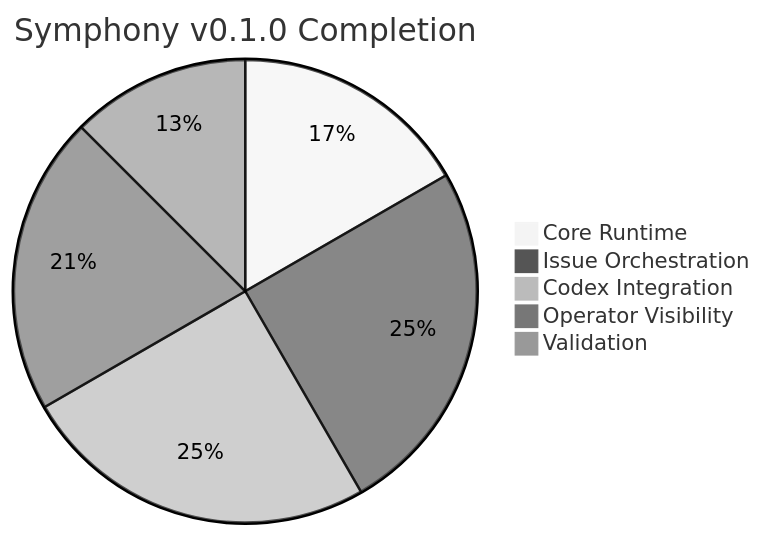
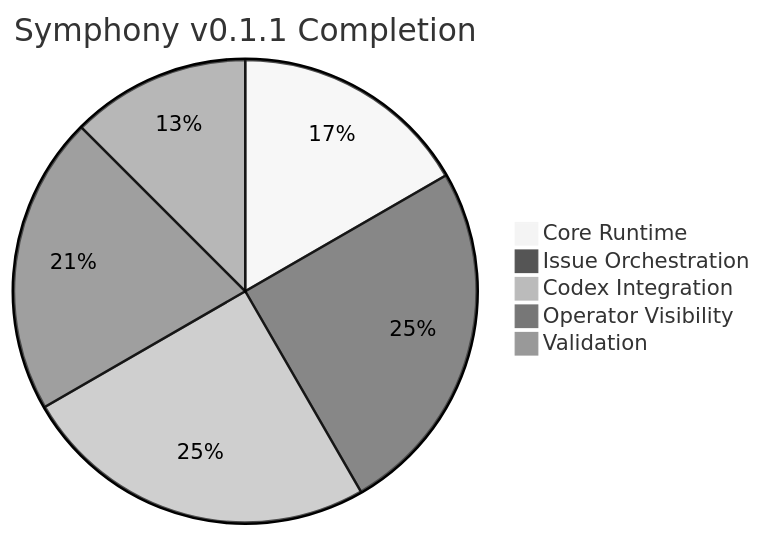
Before and after one commit to OmerFarukOruc/risoluto: the diagram in docs/ROADMAP_AND_STATUS.md, drawn with Mermaid (neutral theme). The commit also changed other lines of this file and 66 other files, not shown here.

````diff
--- a/docs/ROADMAP_AND_STATUS.md
+++ b/docs/ROADMAP_AND_STATUS.md
@@ -63,8 +69,8 @@
 ```mermaid
-pie title Symphony v0.1.0 Completion
+pie title Symphony v0.1.1 Completion
     "Core Runtime" : 4
     "Issue Orchestration" : 6
     "Codex Integration" : 6
     "Operator Visibility" : 5
     "Validation" : 3
 ```
````
